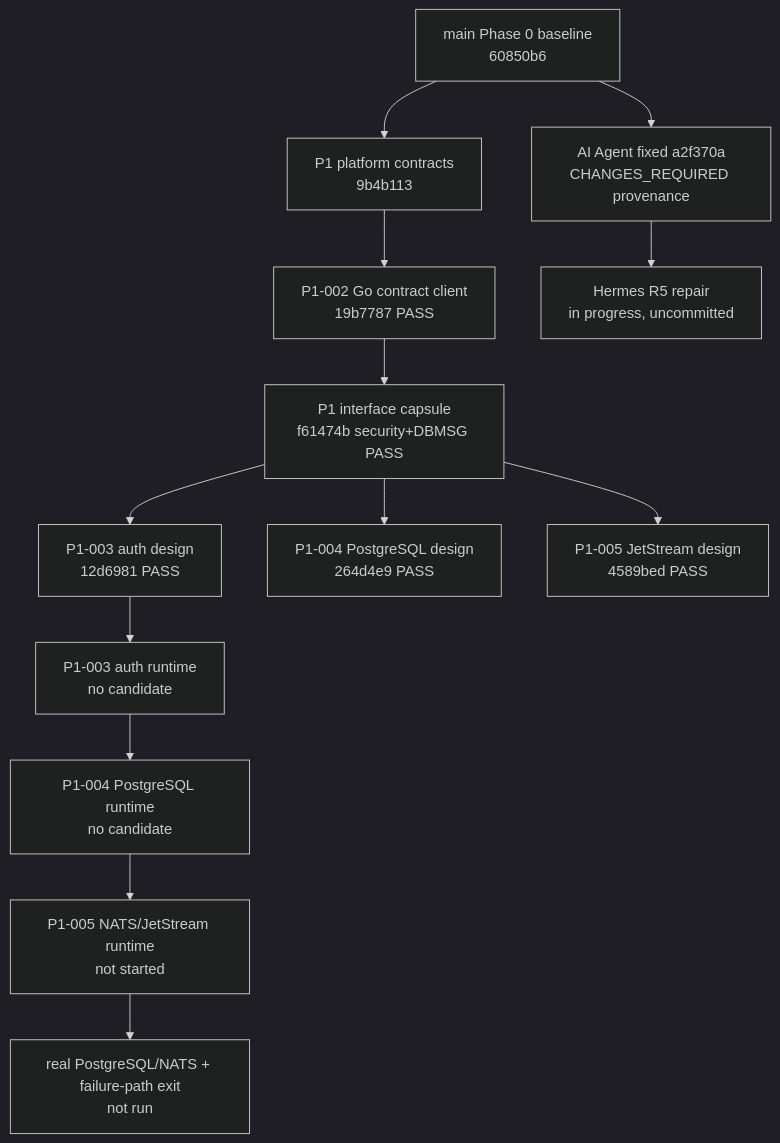
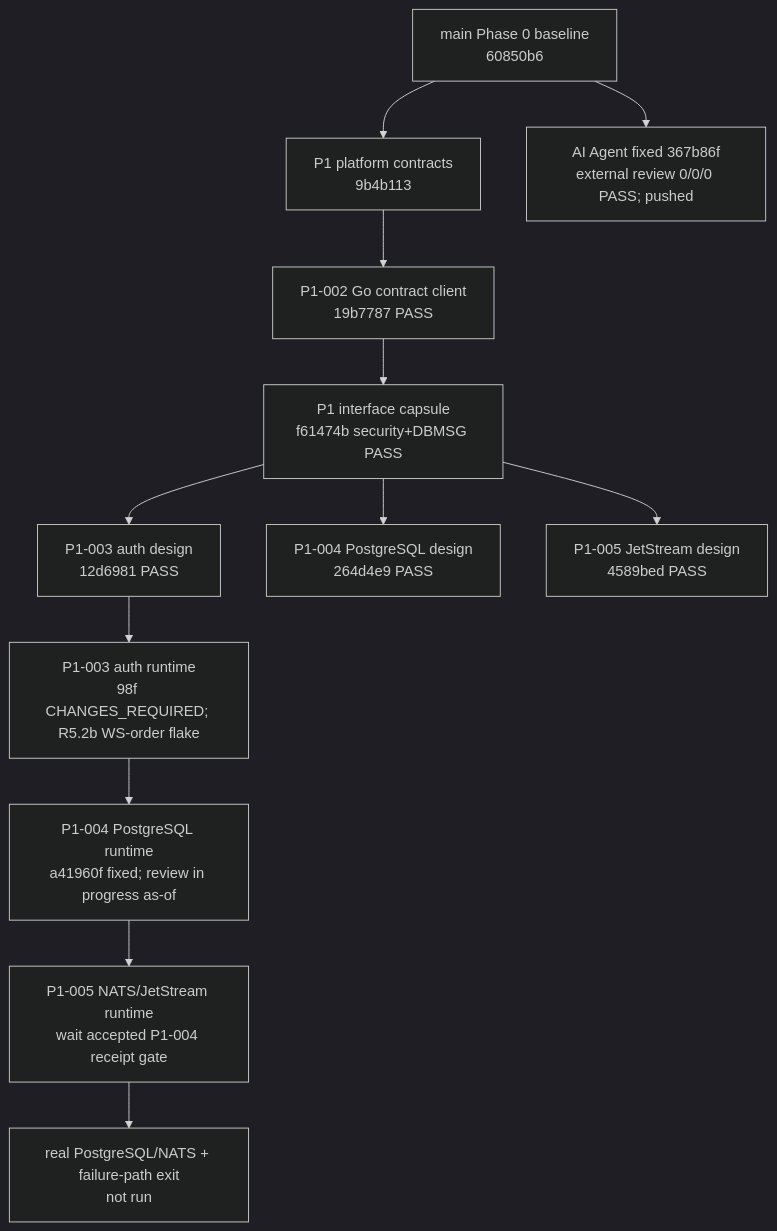
Before and after one commit to bbb22233/FIT-Trade: the diagram in docs/CODE_MAP.md, drawn with Mermaid (dark theme). The commit also changed other lines of this file and 1 other file, not shown here.

Commit message:
docs: record round three fixed progress

````diff
--- a/docs/CODE_MAP.md
+++ b/docs/CODE_MAP.md
@@ -57,15 +60,14 @@
 ```mermaid
 flowchart TD
   B["main Phase 0 baseline\n60850b6"] --> PC["P1 platform contracts\n9b4b113"]
   PC --> G["P1-002 Go contract client\n19b7787 PASS"]
   G --> C["P1 interface capsule\nf61474b security+DBMSG PASS"]
   C --> D3["P1-003 auth design\n12d6981 PASS"]
   C --> D4["P1-004 PostgreSQL design\n264d4e9 PASS"]
   C --> D5["P1-005 JetStream design\n4589bed PASS"]
-  D3 --> R3["P1-003 auth runtime\nno candidate"]
-  R3 --> R4["P1-004 PostgreSQL runtime\nno candidate"]
-  R4 --> R5["P1-005 NATS/JetStream runtime\nnot started"]
+  D3 --> R3["P1-003 auth runtime\n98f CHANGES_REQUIRED; R5.2b WS-order flake"]
+  R3 --> R4["P1-004 PostgreSQL runtime\na41960f fixed; review in progress as-of"]
+  R4 --> R5["P1-005 NATS/JetStream runtime\nwait accepted P1-004 receipt gate"]
   R5 --> E2E["real PostgreSQL/NATS + failure-path exit\nnot run"]
-  B --> A["AI Agent fixed a2f370a\nCHANGES_REQUIRED provenance"]
-  A --> HR5["Hermes R5 repair\nin progress, uncommitted"]
+  B --> A["AI Agent fixed 367b86f\nexternal review 0/0/0 PASS; pushed"]
 ```
````
